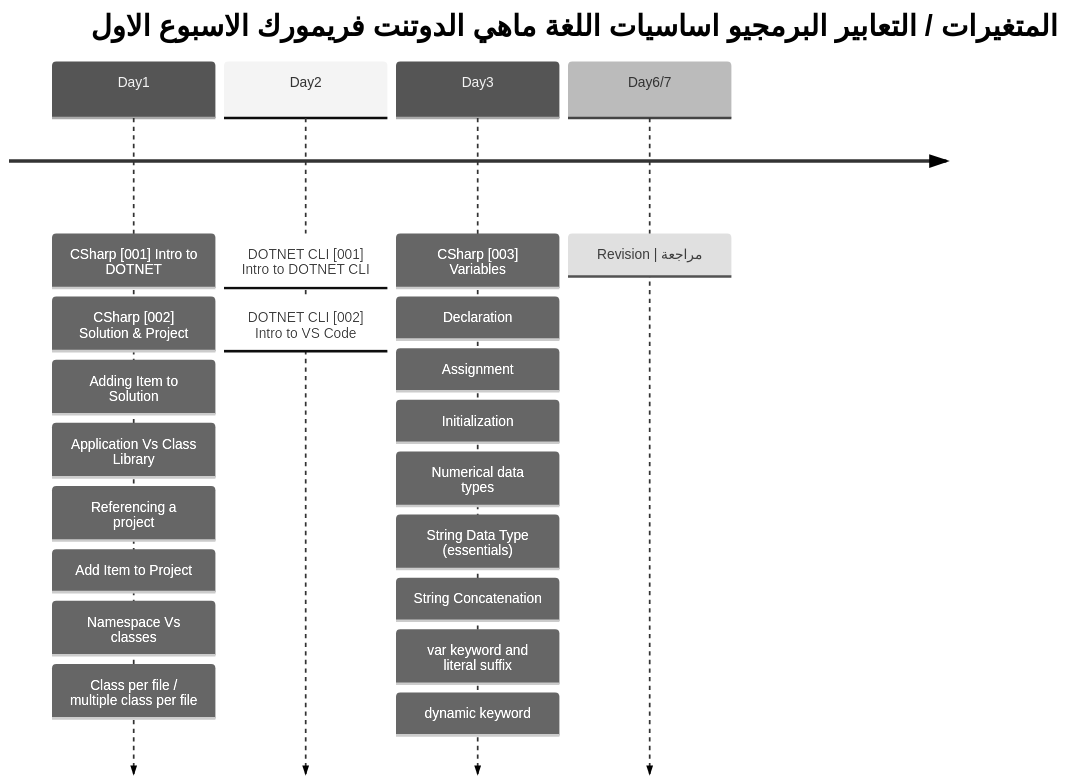
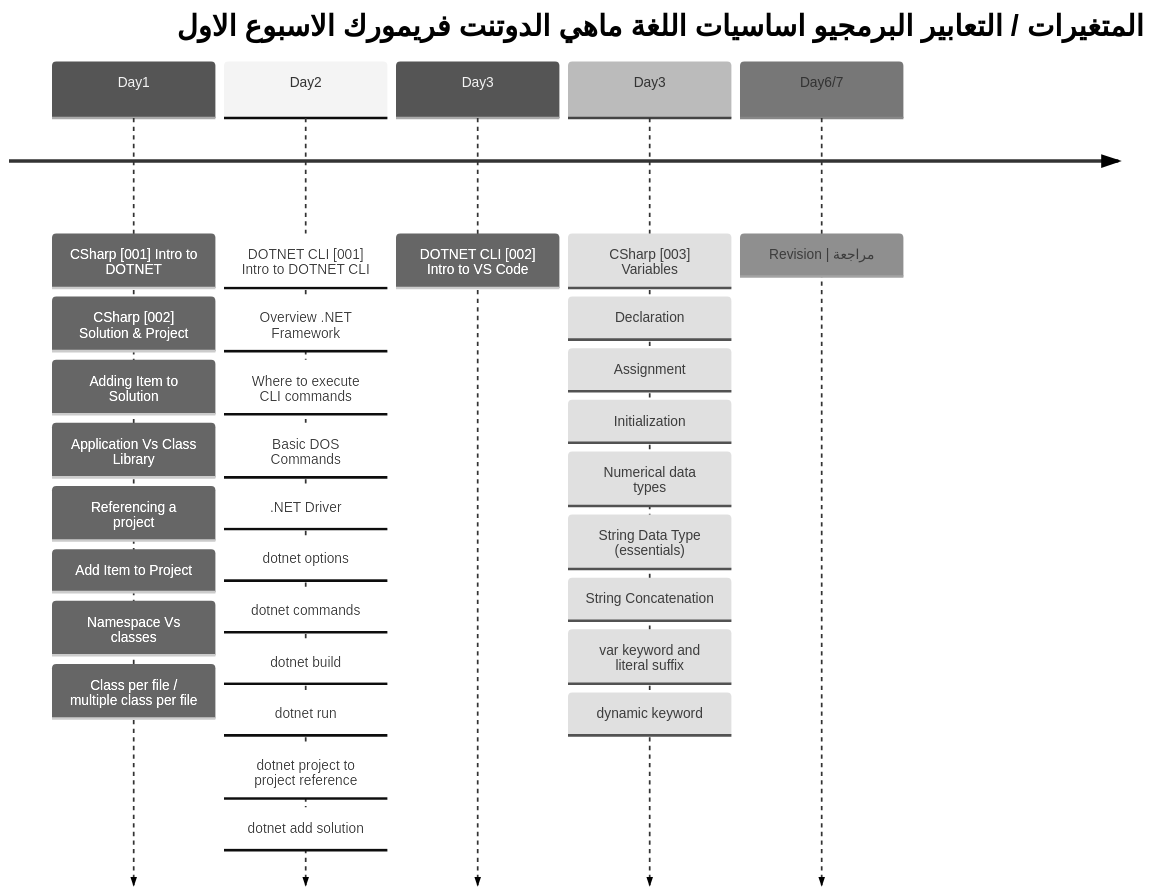
One commit to metigator/Roadmap changed the first of 3 diagrams in README.md. Above: the diagram before and after it, drawn with Mermaid (neutral theme).

````diff
--- a/README.md
+++ b/README.md
@@ -1,24 +1,34 @@
 ```mermaid
 timeline
     title  المتغيرات / التعابير البرمجيو اساسيات اللغة ماهي الدوتنت فريمورك  الاسبوع الاول
     Day1 : CSharp [001] Intro to DOTNET
          : CSharp [002] Solution & Project
          : Adding Item to Solution
          : Application Vs Class Library
          : Referencing a project
          : Add Item to Project
          : Namespace Vs classes
          : Class per file / multiple class per file 
     Day2 : DOTNET CLI [001] Intro to DOTNET CLI
-         : DOTNET CLI [002] Intro to VS Code
+         : Overview .NET Framework
+         : Where to execute CLI commands
+         : Basic DOS Commands
+         : .NET Driver
+         : dotnet options
+         : dotnet commands
+         : dotnet build
+         : dotnet run
+         : dotnet project to project reference
+         : dotnet add solution
+    Day3 : DOTNET CLI [002] Intro to VS Code
     Day3 : CSharp [003] Variables 
          : Declaration
          : Assignment
          : Initialization
          : Numerical data types
          : String Data Type (essentials)
          : String Concatenation
          : var keyword and literal suffix
          : dynamic keyword
   Day6/7 : Revision | مراجعة 
 ```
````
